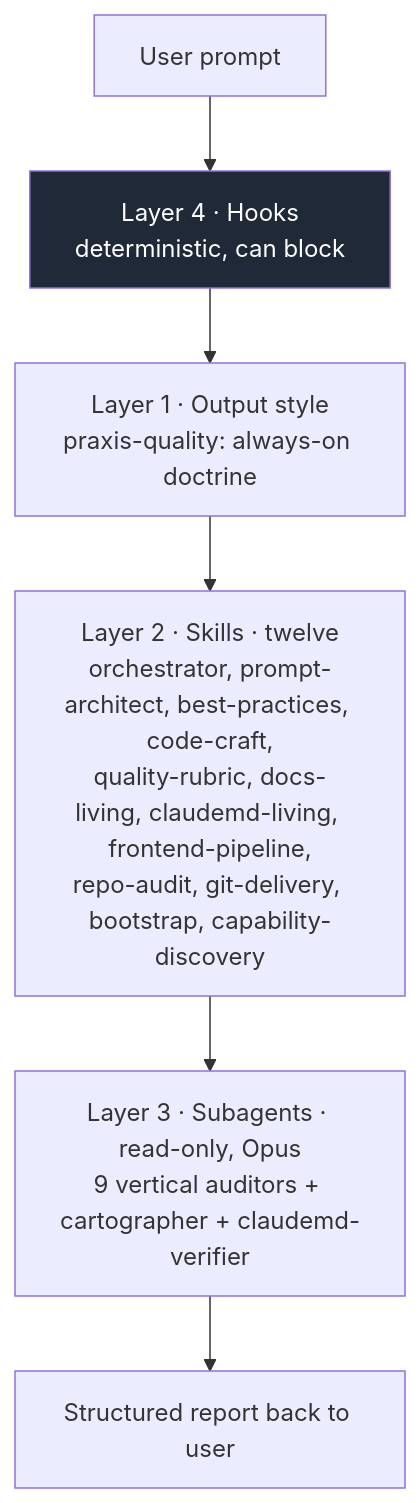
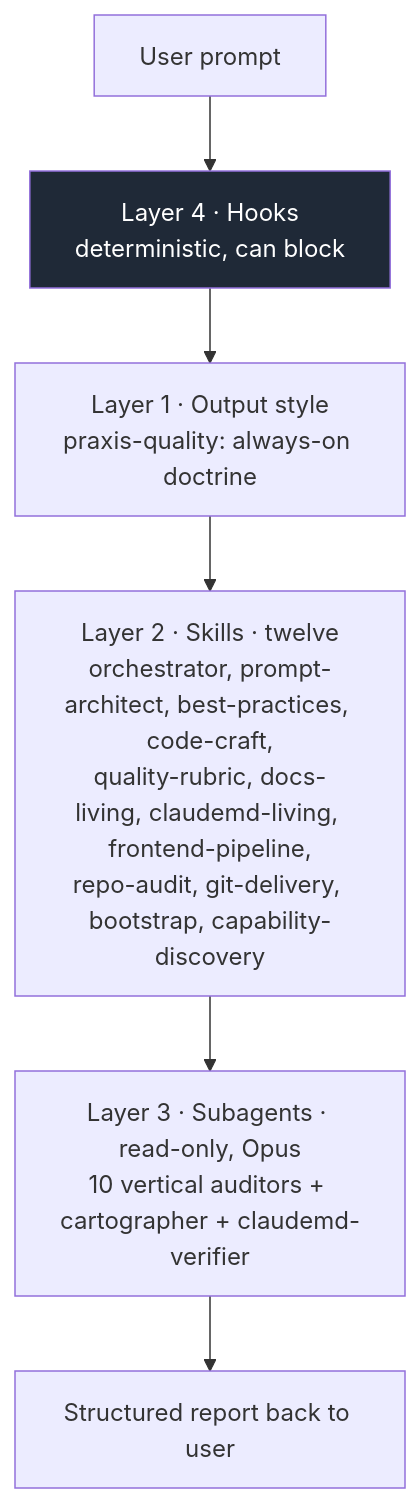
Before and after one commit to Ohswedd/praxis: the first of 6 diagrams in docs/FLOWS.md, drawn with Mermaid. The commit also changed other lines of this file and 52 other files, not shown here.

````diff
--- a/docs/FLOWS.md
+++ b/docs/FLOWS.md
@@ -13,11 +13,11 @@
 ```mermaid
 flowchart TB
     U["User prompt"] --> H1["Layer 4 · Hooks<br/>deterministic, can block"]
     H1 --> OS["Layer 1 · Output style<br/>praxis-quality: always-on doctrine"]
     OS --> SK["Layer 2 · Skills · twelve<br/>orchestrator, prompt-architect, best-practices, code-craft,<br/>quality-rubric, docs-living, claudemd-living, frontend-pipeline,<br/>repo-audit, git-delivery, bootstrap, capability-discovery"]
-    SK --> AG["Layer 3 · Subagents · read-only, Opus<br/>9 vertical auditors + cartographer + claudemd-verifier"]
+    SK --> AG["Layer 3 · Subagents · read-only, Opus<br/>10 vertical auditors + cartographer + claudemd-verifier"]
     AG --> OUT["Structured report back to user"]
 
     classDef det fill:#1f2937,color:#fff;
     class H1 det;
 ```
````
